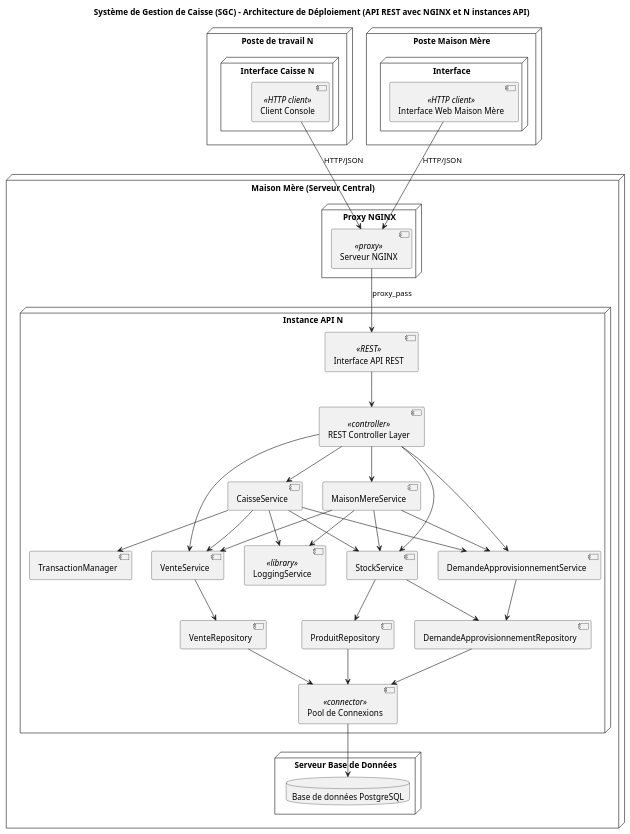
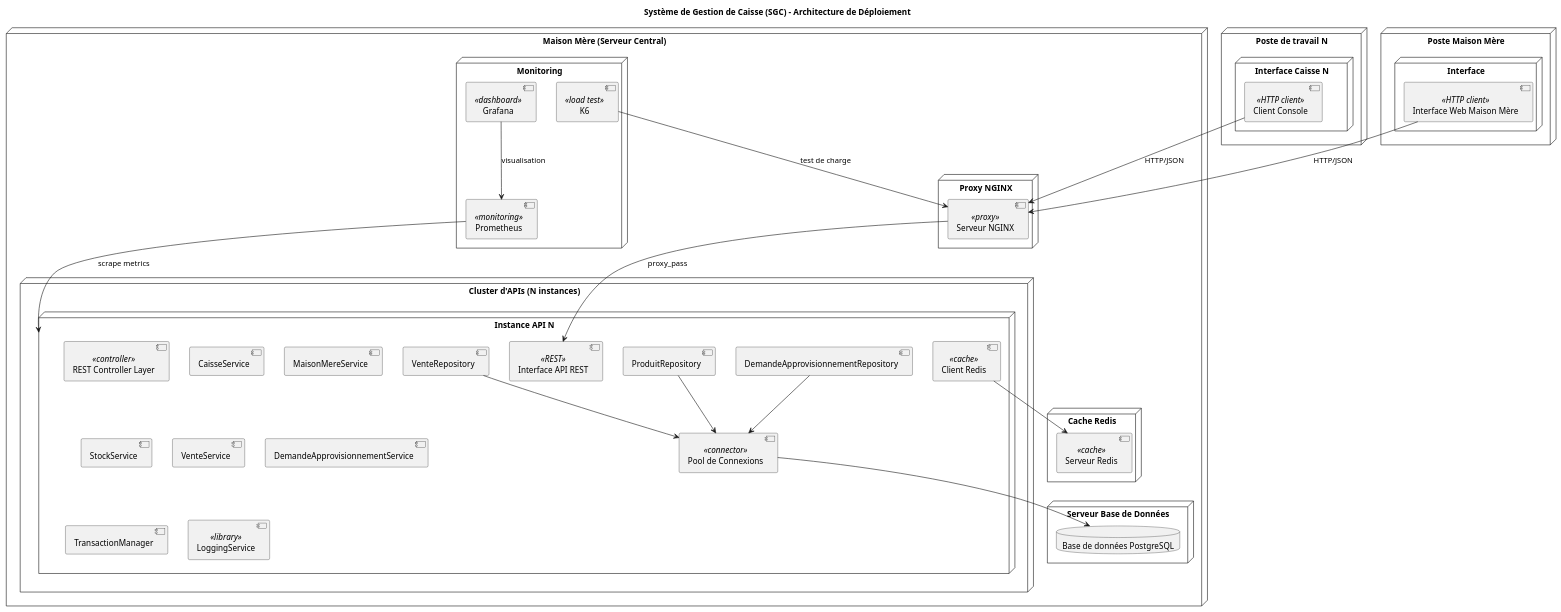
The diagram in docs/UML/DiagrammeDeDeploiement/DD.puml (NathanGasseau/LOG430-01-Labo-04), drawn with PlantUML before and after one commit. The commit also changed 10 other files, not shown here.

```diff
--- a/docs/UML/DiagrammeDeDeploiement/DD.puml
+++ b/docs/UML/DiagrammeDeDeploiement/DD.puml
@@ -1,77 +1,69 @@
 @startuml SGC
 
-title Système de Gestion de Caisse (SGC) - Architecture de Déploiement (API REST avec NGINX et N instances API)
+title Système de Gestion de Caisse (SGC) - Architecture de Déploiement
 
 node "Maison Mère (Serveur Central)" {
 
   node "Proxy NGINX" {
     component "Serveur NGINX" <<proxy>>
   }
 
-  node "Instance API N" {
-    component "Interface API REST" <<REST>>
-    component "REST Controller Layer" <<controller>>
-    component "CaisseService"
-    component "MaisonMereService"
-    component "StockService"
-    component "VenteService"
-    component "DemandeApprovisionnementService"
-    component "TransactionManager"
-    component "LoggingService" <<library>>
-    component "ProduitRepository"
-    component "VenteRepository"
-    component "DemandeApprovisionnementRepository"
-    component "Pool de Connexions" <<connector>>
+  node "Cluster d'APIs (N instances)" {
+    node "Instance API N" {
+      component "Interface API REST" <<REST>>
+      component "REST Controller Layer" <<controller>>
+      component "CaisseService"
+      component "MaisonMereService"
+      component "StockService"
+      component "VenteService"
+      component "DemandeApprovisionnementService"
+      component "TransactionManager"
+      component "LoggingService" <<library>>
+      component "ProduitRepository"
+      component "VenteRepository"
+      component "DemandeApprovisionnementRepository"
+      component "Pool de Connexions" <<connector>>
+      component "Client Redis" <<cache>>
+    }
   }
 
   node "Serveur Base de Données" {
     database "Base de données PostgreSQL" as DB
+  }
+
+  node "Cache Redis" {
+    component "Serveur Redis" <<cache>>
+  }
+
+  node "Monitoring" {
+    component "Prometheus" <<monitoring>>
+    component "Grafana" <<dashboard>>
+    component "K6" <<load test>>
   }
 }
 
 node "Poste de travail N" {
   node "Interface Caisse N" {
     component "Client Console" <<HTTP client>>
   }
 }
 
 node "Poste Maison Mère" {
   node "Interface" {
     component "Interface Web Maison Mère" <<HTTP client>>
   }
 }
 
 "Client Console" --> "Serveur NGINX" : HTTP/JSON
 "Interface Web Maison Mère" --> "Serveur NGINX" : HTTP/JSON
-
 "Serveur NGINX" --> "Interface API REST" : proxy_pass
-
-"Interface API REST" --> "REST Controller Layer"
-"REST Controller Layer" --> "CaisseService"
-"REST Controller Layer" --> "MaisonMereService"
-"REST Controller Layer" --> "StockService"
-"REST Controller Layer" --> "VenteService"
-"REST Controller Layer" --> "DemandeApprovisionnementService"
-
-"CaisseService" --> "StockService"
-"CaisseService" --> "VenteService"
-"CaisseService" --> "DemandeApprovisionnementService"
-"CaisseService" --> "TransactionManager"
-"CaisseService" --> "LoggingService"
-
-"MaisonMereService" --> "StockService"
-"MaisonMereService" --> "VenteService"
-"MaisonMereService" --> "DemandeApprovisionnementService"
-"MaisonMereService" --> "LoggingService"
-
-"StockService" --> "ProduitRepository"
-"StockService" --> "DemandeApprovisionnementRepository"
-"VenteService" --> "VenteRepository"
-"DemandeApprovisionnementService" --> "DemandeApprovisionnementRepository"
-
+"Client Redis" --> "Serveur Redis"
 "ProduitRepository" --> "Pool de Connexions"
 "VenteRepository" --> "Pool de Connexions"
 "DemandeApprovisionnementRepository" --> "Pool de Connexions"
 "Pool de Connexions" --> DB
+"Prometheus" --> "Instance API N" : scrape metrics
+"K6" --> "Serveur NGINX" : test de charge
+"Grafana" --> "Prometheus" : visualisation
 
 @enduml
```
